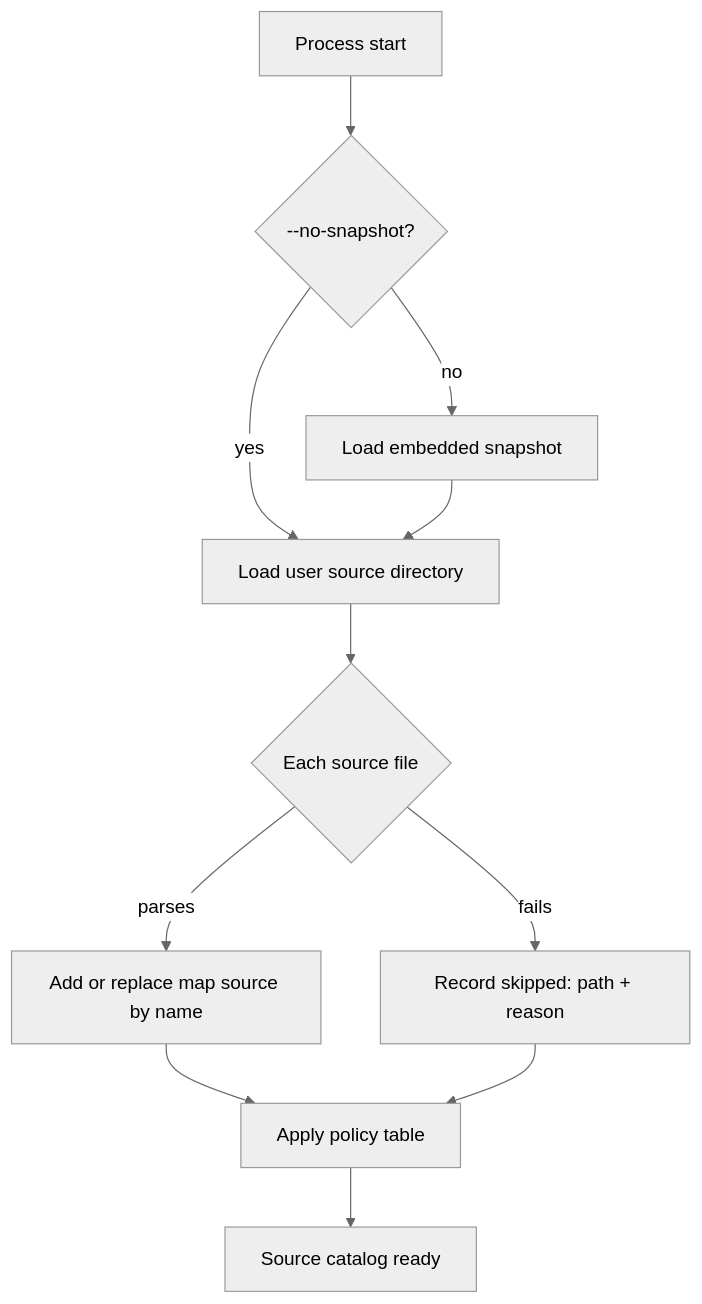
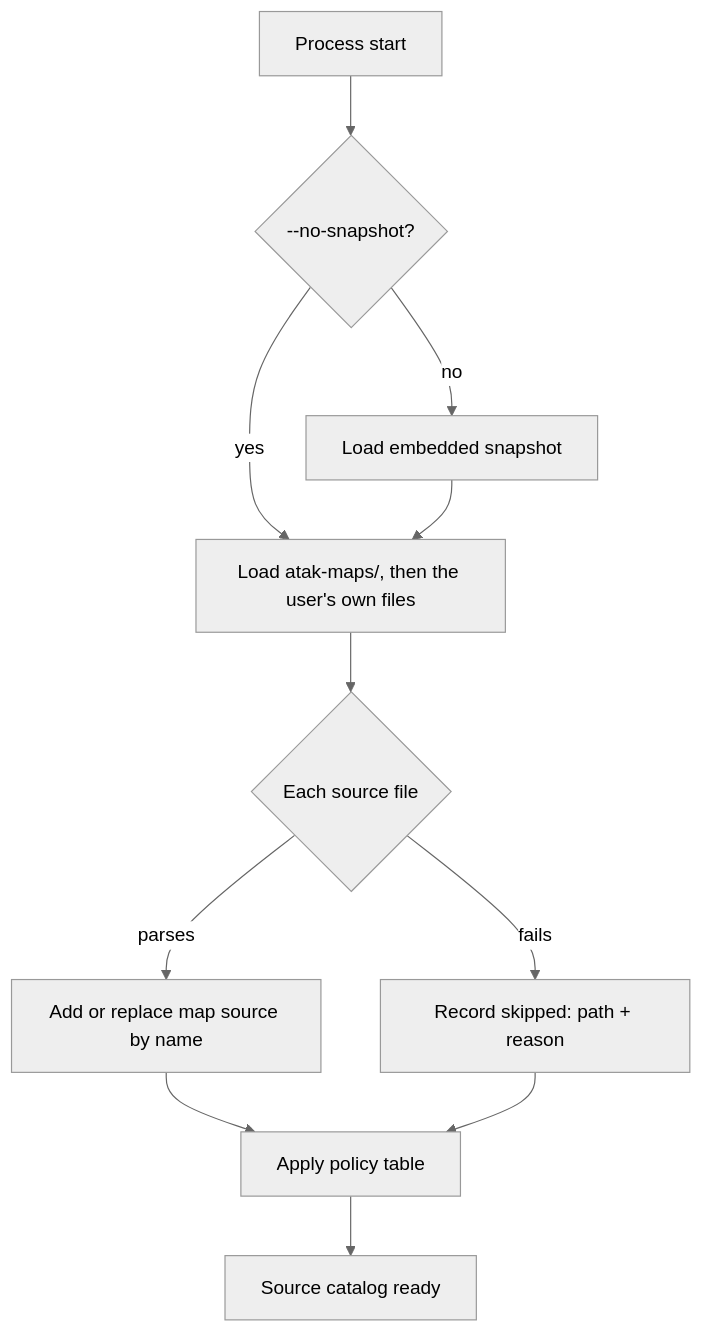
Before and after one commit to Crank-Git/ATAKMapDownloader: the first of 2 diagrams in docs/specs/features/09-source-sync.md, drawn with Mermaid (neutral theme). The commit also changed other lines of this file and 11 other files, not shown here.

First line of the commit message:
Record the epic #36 source layers and atak-maps/ in the spec

````diff
--- a/docs/specs/features/09-source-sync.md
+++ b/docs/specs/features/09-source-sync.md
@@ -83,13 +88,13 @@
 ```mermaid
 flowchart TD
   A[Process start] --> B{--no-snapshot?}
   B -->|no| C[Load embedded snapshot]
   B -->|yes| D
-  C --> D[Load user source directory]
+  C --> D[Load atak-maps/, then the user's own files]
   D --> E{Each source file}
   E -->|parses| F[Add or replace map source by name]
   E -->|fails| G[Record skipped: path + reason]
   F --> H[Apply policy table]
   G --> H
   H --> I[Source catalog ready]
 ```
````
